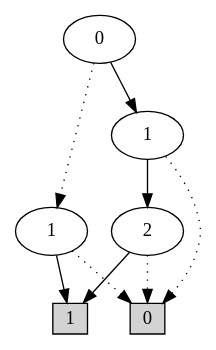
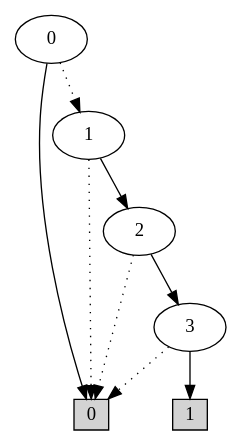
One commit to MieskeB/2IMF25 changed the diagram in ass7/res/test.c.ba.dot. Above: the diagram before and after it, drawn with Graphviz. The commit also changed 2 other files, not shown here.

```diff
--- a/ass7/res/test.c.ba.dot
+++ b/ass7/res/test.c.ba.dot
@@ -1,16 +1,16 @@
 digraph G {
 0 [shape=box, label="0", style=filled, shape=box, height=0.3, width=0.3];
 1 [shape=box, label="1", style=filled, shape=box, height=0.3, width=0.3];
-200004 [label="0"];
-200004 -> 4 [style=dotted];
-200004 -> 200003 [style=filled];
-4 [label="1"];
-4 -> 0 [style=dotted];
-4 -> 1 [style=filled];
-200003 [label="1"];
-200003 -> 0 [style=dotted];
-200003 -> 6 [style=filled];
-6 [label="2"];
-6 -> 0 [style=dotted];
-6 -> 1 [style=filled];
+200008 [label="0"];
+200008 -> 200007 [style=dotted];
+200008 -> 0 [style=filled];
+200007 [label="1"];
+200007 -> 0 [style=dotted];
+200007 -> 200006 [style=filled];
+200006 [label="2"];
+200006 -> 0 [style=dotted];
+200006 -> 8 [style=filled];
+8 [label="3"];
+8 -> 0 [style=dotted];
+8 -> 1 [style=filled];
 }
```
